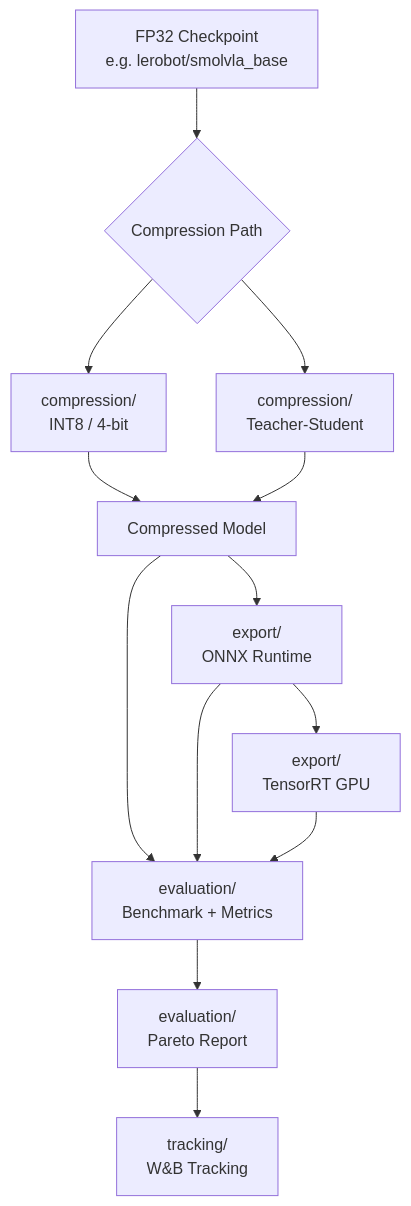
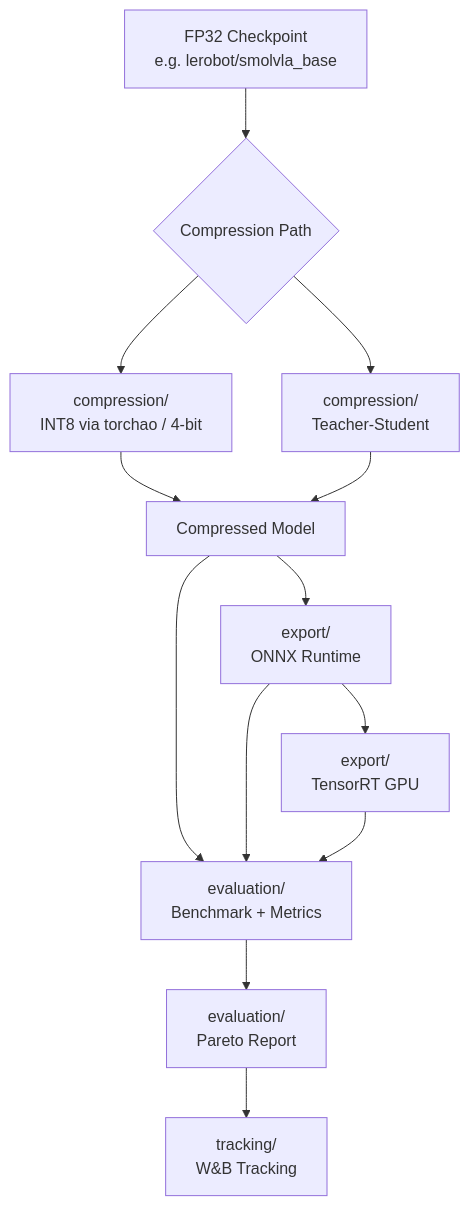
One commit to eddisonpham/LeRobot-Edge changed the diagram in README.md. Above: the diagram before and after it, drawn with Mermaid. The commit also changed other lines of this file and 1 other file, not shown here.

````diff
--- a/README.md
+++ b/README.md
@@ -9,15 +9,15 @@
 ```mermaid
 graph TD
     A[FP32 Checkpoint<br/>e.g. lerobot/smolvla_base] --> B{Compression Path}
-    B --> C[compression/<br/>INT8 / 4-bit]
+    B --> C[compression/<br/>INT8 via torchao / 4-bit]
     B --> D[compression/<br/>Teacher-Student]
     C --> E[Compressed Model]
     D --> E
     E --> F[export/<br/>ONNX Runtime]
     F --> G[export/<br/>TensorRT GPU]
     E --> H[evaluation/<br/>Benchmark + Metrics]
     F --> H
     G --> H
     H --> I[evaluation/<br/>Pareto Report]
     I --> J[tracking/<br/>W&B Tracking]
 ```
````
